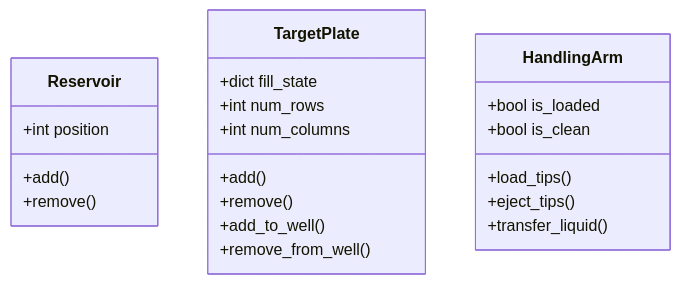
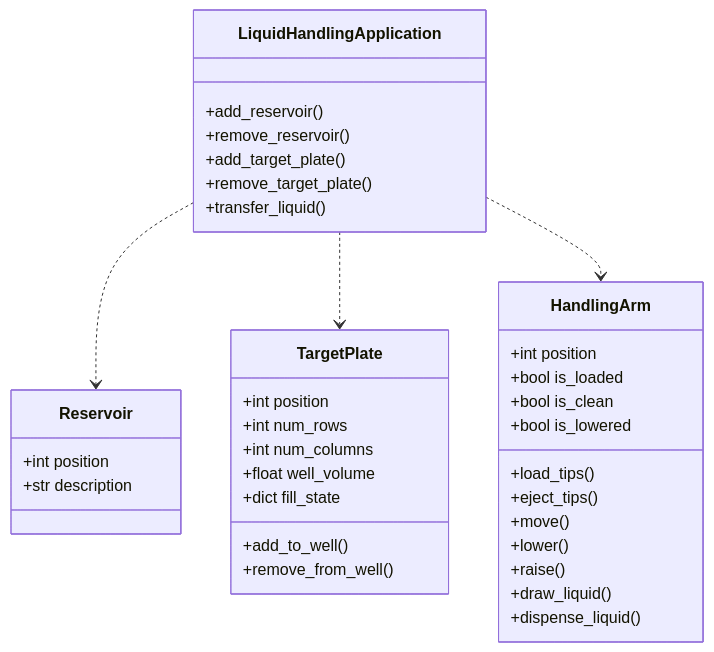
One commit to Midnighter/metabolic-modeling-event-sourcing-manuscript changed the diagram in metabolic-modeling-event-sourcing.qmd. Above: the diagram before and after it, drawn with Mermaid. The commit also changed other lines of this file and 5 other files, not shown here.

Commit message:
feat: complete liquid handling example, start applications

````diff
--- a/metabolic-modeling-event-sourcing.qmd
+++ b/metabolic-modeling-event-sourcing.qmd
@@ -72,29 +75,46 @@
 ```{mermaid}
 %%| label: fig-liquid-objects
-%%| fig-cap: Objects used in the operating software of a hypothetical liquid handling robot. The basic type notation is borrowed from Python.
+%%| fig-cap: Objects used in the operating software of a hypothetical liquid handling robot. The basic type notation is borrowed from Python. The methods are shown without parameters.
 
 classDiagram
     class Reservoir {
         +int position
-        +add()
-        +remove()
+        +str description
     }
 
     class TargetPlate {
-        +dict fill_state
+        +int position
         +int num_rows
         +int num_columns
-        +add()
-        +remove()
+        +float well_volume
+        +dict fill_state
         +add_to_well()
         +remove_from_well()
     }
 
-    class HandlingArm{
+    class HandlingArm {
+        +int position
         +bool is_loaded
         +bool is_clean
+        +bool is_lowered
         +load_tips()
         +eject_tips()
+        +move()
+        +lower()
+        +raise()
+        +draw_liquid()
+        +dispense_liquid()
+    }
+
+    class LiquidHandlingApplication {
+        +add_reservoir()
+        +remove_reservoir()
+        +add_target_plate()
+        +remove_target_plate()
         +transfer_liquid()
     }
+    
+    LiquidHandlingApplication ..> Reservoir
+    LiquidHandlingApplication ..> TargetPlate
+    LiquidHandlingApplication ..> HandlingArm
 ```
````
